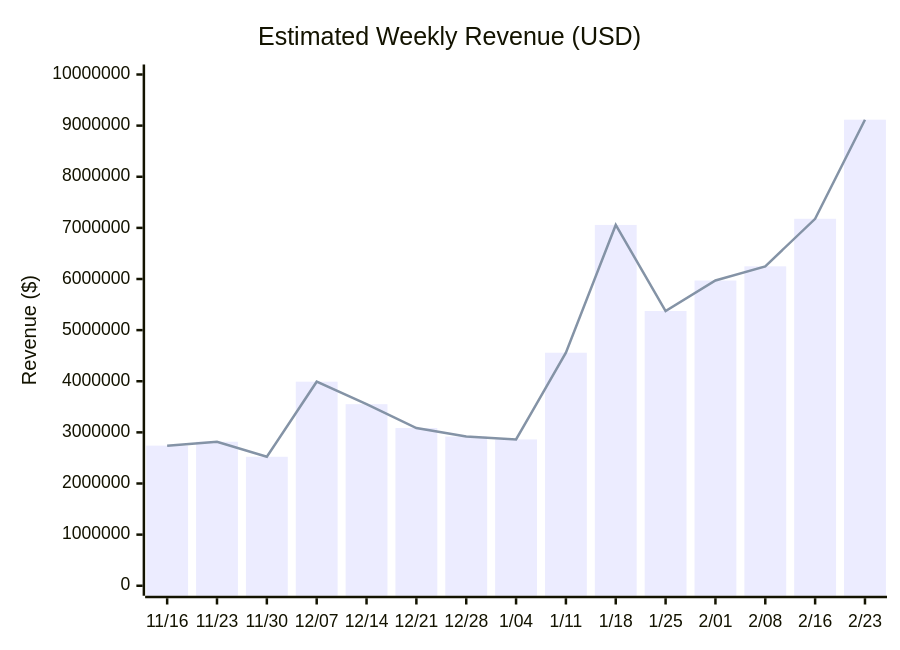
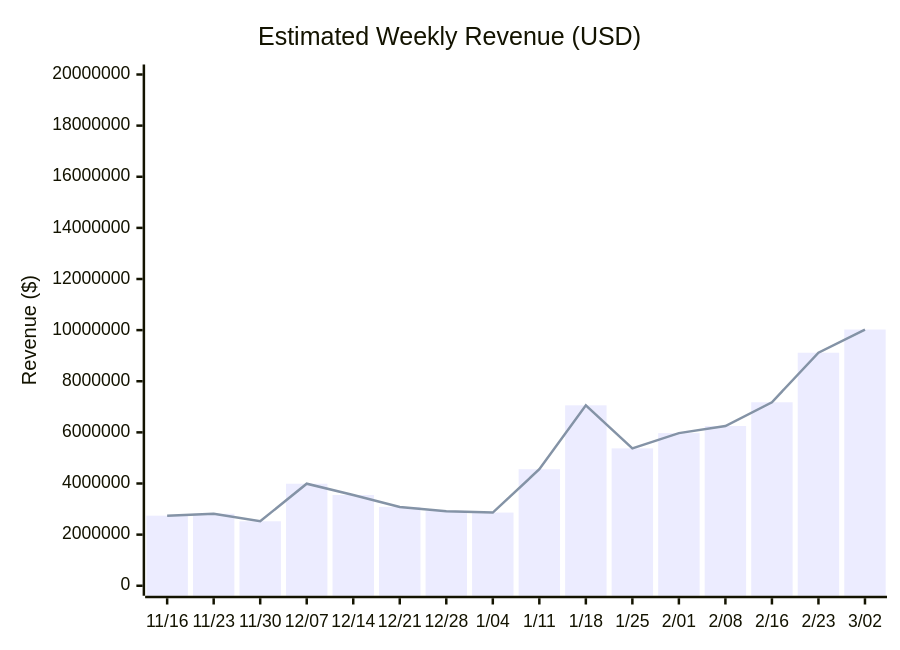
Before and after one commit to johnbean393/openrouter-inference-stats: the first of 4 diagrams in README.md, drawn with Mermaid. The commit also changed other lines of this file and 1 other file, not shown here.

````diff
--- a/README.md
+++ b/README.md
@@ -17,8 +17,8 @@
 ```mermaid
 xychart-beta
     title "Estimated Weekly Revenue (USD)"
-    x-axis ["11/16", "11/23", "11/30", "12/07", "12/14", "12/21", "12/28", "1/04", "1/11", "1/18", "1/25", "2/01", "2/08", "2/16", "2/23"]
-    y-axis "Revenue ($)" 0 --> 10000000
-    bar [2740620.94, 2816925.48, 2523142.13, 3991396.39, 3551394.6, 3084659.53, 2918272.88, 2862056.98, 4558077.75, 7057753.91, 5373700.56, 5970586.37, 6247827.58, 7177565.34, 9116055.43]
-    line [2740620.94, 2816925.48, 2523142.13, 3991396.39, 3551394.6, 3084659.53, 2918272.88, 2862056.98, 4558077.75, 7057753.91, 5373700.56, 5970586.37, 6247827.58, 7177565.34, 9116055.43]
+    x-axis ["11/16", "11/23", "11/30", "12/07", "12/14", "12/21", "12/28", "1/04", "1/11", "1/18", "1/25", "2/01", "2/08", "2/16", "2/23", "3/02"]
+    y-axis "Revenue ($)" 0 --> 20000000
+    bar [2740620.94, 2816925.48, 2523142.13, 3991396.39, 3551394.6, 3084659.53, 2918272.88, 2862056.98, 4558077.75, 7057753.91, 5373700.56, 5970586.37, 6247827.58, 7177565.34, 9116055.43, 10024024.86]
+    line [2740620.94, 2816925.48, 2523142.13, 3991396.39, 3551394.6, 3084659.53, 2918272.88, 2862056.98, 4558077.75, 7057753.91, 5373700.56, 5970586.37, 6247827.58, 7177565.34, 9116055.43, 10024024.86]
 ```
````
